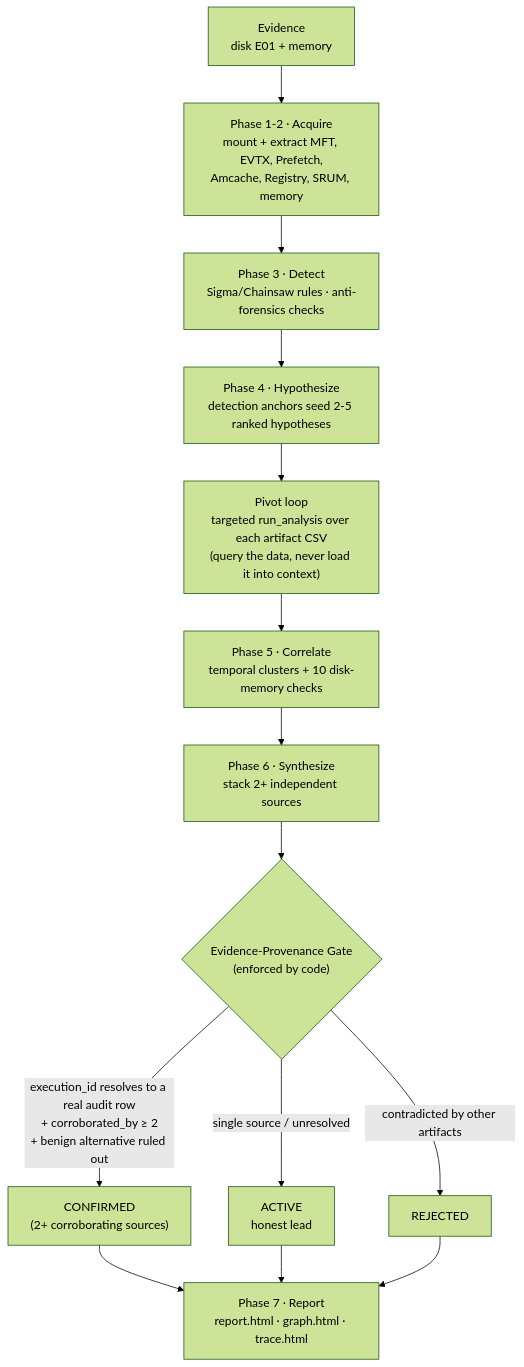
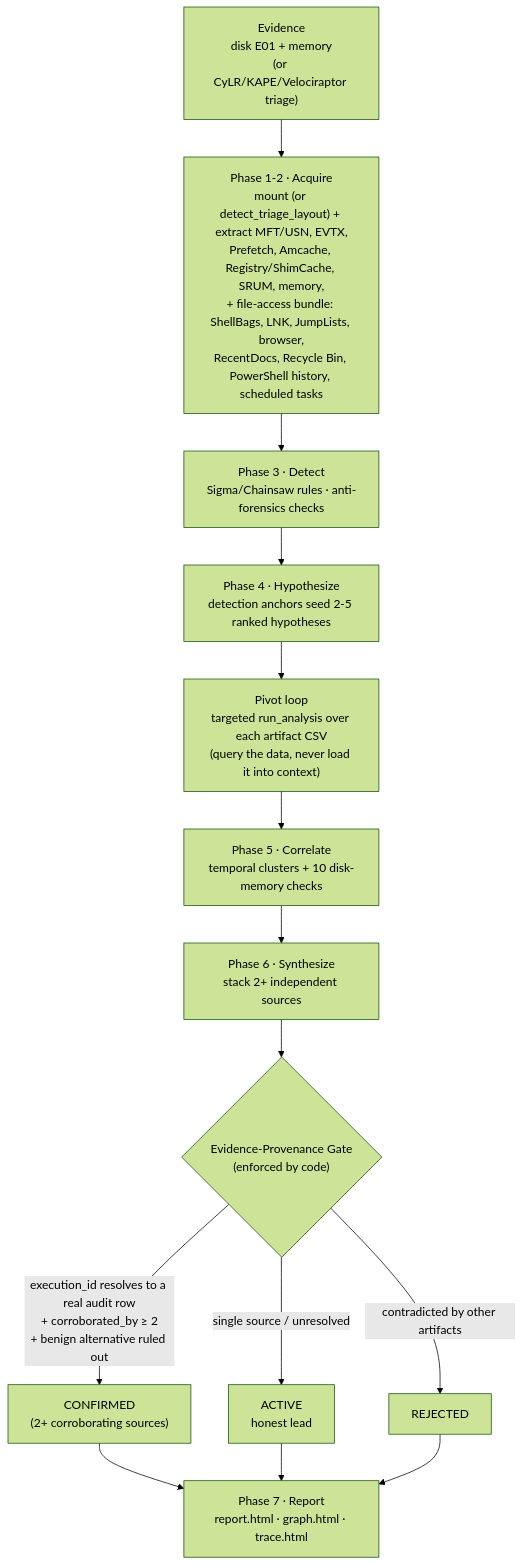
One commit to kismatkunwar89/SAVVYDFIR-MCP changed the diagram in README.md. Above: the diagram before and after it, drawn with Mermaid (forest theme). The commit also changed other lines of this file, not shown here.

````diff
--- a/README.md
+++ b/README.md
@@ -161,16 +161,16 @@
 ```mermaid
 flowchart TD
-    E["Evidence<br/>disk E01 + memory"] --> X["Phase 1-2 · Acquire<br/>mount + extract MFT, EVTX, Prefetch,<br/>Amcache, Registry, SRUM, memory"]
+    E["Evidence<br/>disk E01 + memory<br/>(or CyLR/KAPE/Velociraptor triage)"] --> X["Phase 1-2 · Acquire<br/>mount (or detect_triage_layout) + extract MFT/USN, EVTX,<br/>Prefetch, Amcache, Registry/ShimCache, SRUM, memory,<br/>+ file-access bundle: ShellBags, LNK, JumpLists, browser,<br/>RecentDocs, Recycle Bin, PowerShell history, scheduled tasks"]
     X --> D["Phase 3 · Detect<br/>Sigma/Chainsaw rules · anti-forensics checks"]
     D --> H["Phase 4 · Hypothesize<br/>detection anchors seed 2-5 ranked hypotheses"]
     H --> P["Pivot loop<br/>targeted run_analysis over each artifact CSV<br/>(query the data, never load it into context)"]
     P --> C["Phase 5 · Correlate<br/>temporal clusters + 10 disk-memory checks"]
     C --> S["Phase 6 · Synthesize<br/>stack 2+ independent sources"]
     S --> G{"Evidence-Provenance Gate<br/>(enforced by code)"}
     G -->|"execution_id resolves to a real audit row<br/>+ corroborated_by ≥ 2<br/>+ benign alternative ruled out"| CONF["CONFIRMED<br/>(2+ corroborating sources)"]
     G -->|"single source / unresolved"| ACT["ACTIVE<br/>honest lead"]
     G -->|"contradicted by other artifacts"| REJ["REJECTED"]
     CONF --> R["Phase 7 · Report<br/>report.html · graph.html · trace.html"]
     ACT --> R
     REJ --> R
 ```
````
